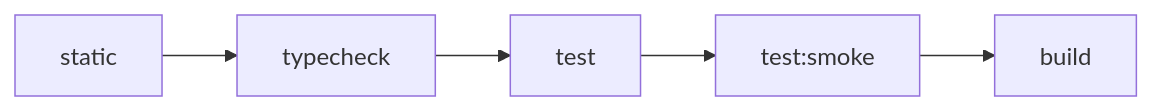
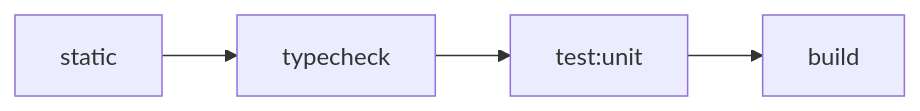
One commit to cyy1998/shgas-iam changed the diagram in docs/architecture/testing-architecture.md. Above: the diagram before and after it, drawn with Mermaid. The commit also changed other lines of this file and 474 other files, not shown here.

````diff
--- a/docs/architecture/testing-architecture.md
+++ b/docs/architecture/testing-architecture.md
@@ -38,7 +121,6 @@
 ```mermaid
 flowchart LR
   A["static"] --> B["typecheck"]
-  B --> C["test"]
-  C --> D["test:smoke"]
-  D --> E["build"]
+  B --> C["test:unit"]
+  C --> D["build"]
 ```
````
